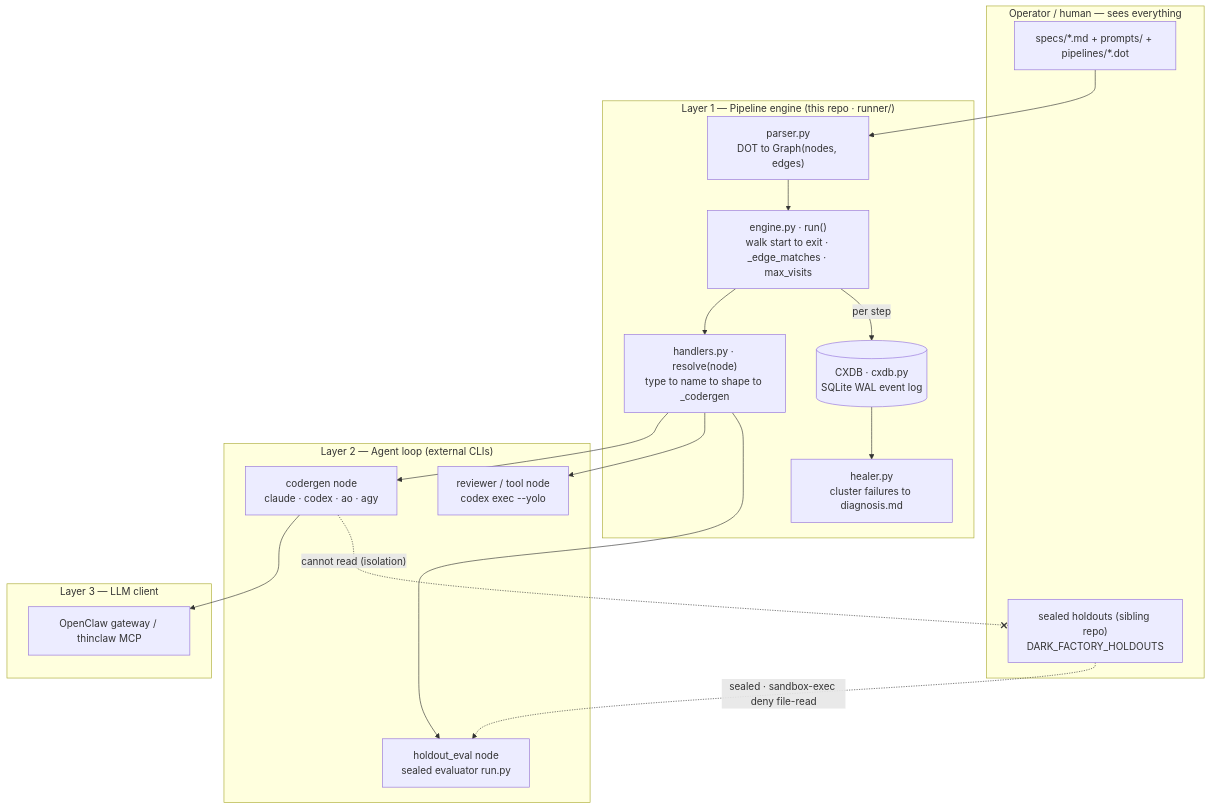
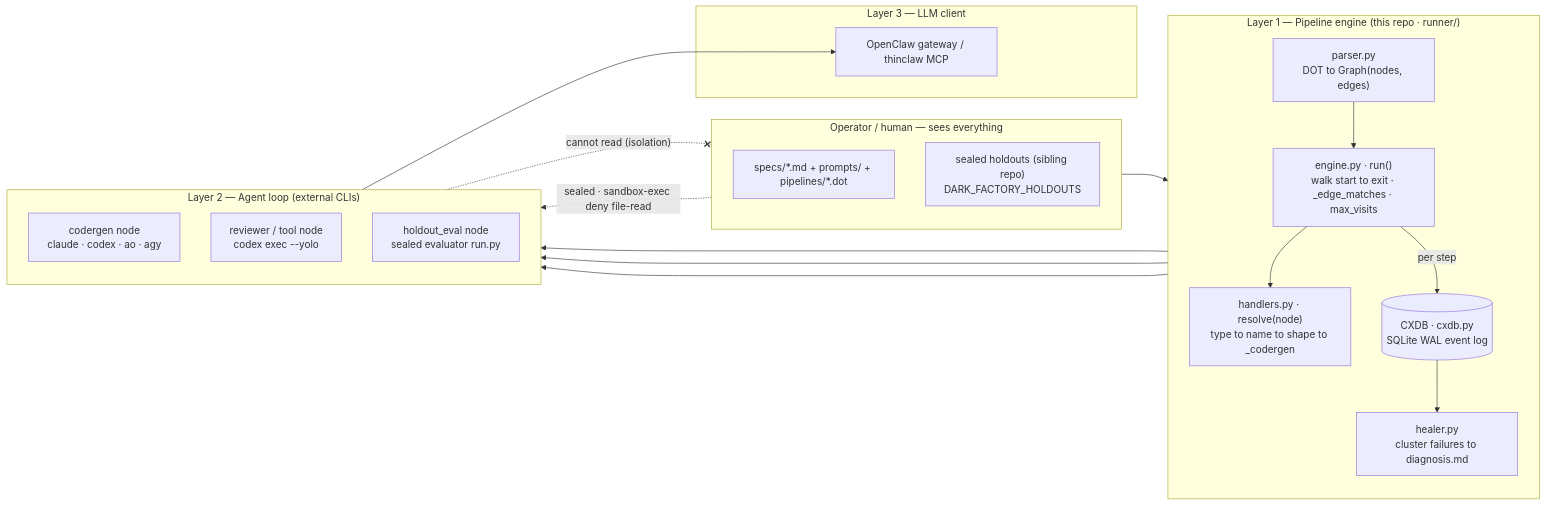
Before and after one commit to jleechanorg/dark-factory: the first of 2 diagrams in README.md, drawn with Mermaid. The commit also changed other lines of this file and 8 other files, not shown here.

First line of the commit message:
feat(slim): default to adversarial codex reviewer + docs (dynamic-vs-static, LR diagrams)

````diff
--- a/README.md
+++ b/README.md
@@ -94,28 +94,31 @@
 ```mermaid
-flowchart TB
+flowchart LR
   subgraph OP["Operator / human — sees everything"]
+    direction TB
     SPEC["specs/*.md + prompts/ + pipelines/*.dot"]
     HOLD["sealed holdouts (sibling repo)<br/>DARK_FACTORY_HOLDOUTS"]
   end
   subgraph L1["Layer 1 — Pipeline engine (this repo · runner/)"]
+    direction TB
     PARSE["parser.py<br/>DOT to Graph(nodes, edges)"]
     ENGINE["engine.py · run()<br/>walk start to exit · _edge_matches · max_visits"]
     HAND["handlers.py · resolve(node)<br/>type to name to shape to _codergen"]
     CXDB[("CXDB · cxdb.py<br/>SQLite WAL event log")]
     HEAL["healer.py<br/>cluster failures to diagnosis.md"]
   end
   subgraph L2["Layer 2 — Agent loop (external CLIs)"]
+    direction TB
     CODER["codergen node<br/>claude · codex · ao · agy"]
     REVIEW["reviewer / tool node<br/>codex exec --yolo"]
     EVAL["holdout_eval node<br/>sealed evaluator run.py"]
   end
   subgraph L3["Layer 3 — LLM client"]
     GW["OpenClaw gateway / thinclaw MCP"]
   end
   SPEC --> PARSE --> ENGINE --> HAND
   HAND --> CODER & REVIEW & EVAL
   CODER --> GW
   ENGINE -- per step --> CXDB --> HEAL
   HOLD -. sealed · sandbox-exec deny file-read .-> EVAL
   CODER -. cannot read (isolation) .-x HOLD
 ```
````
